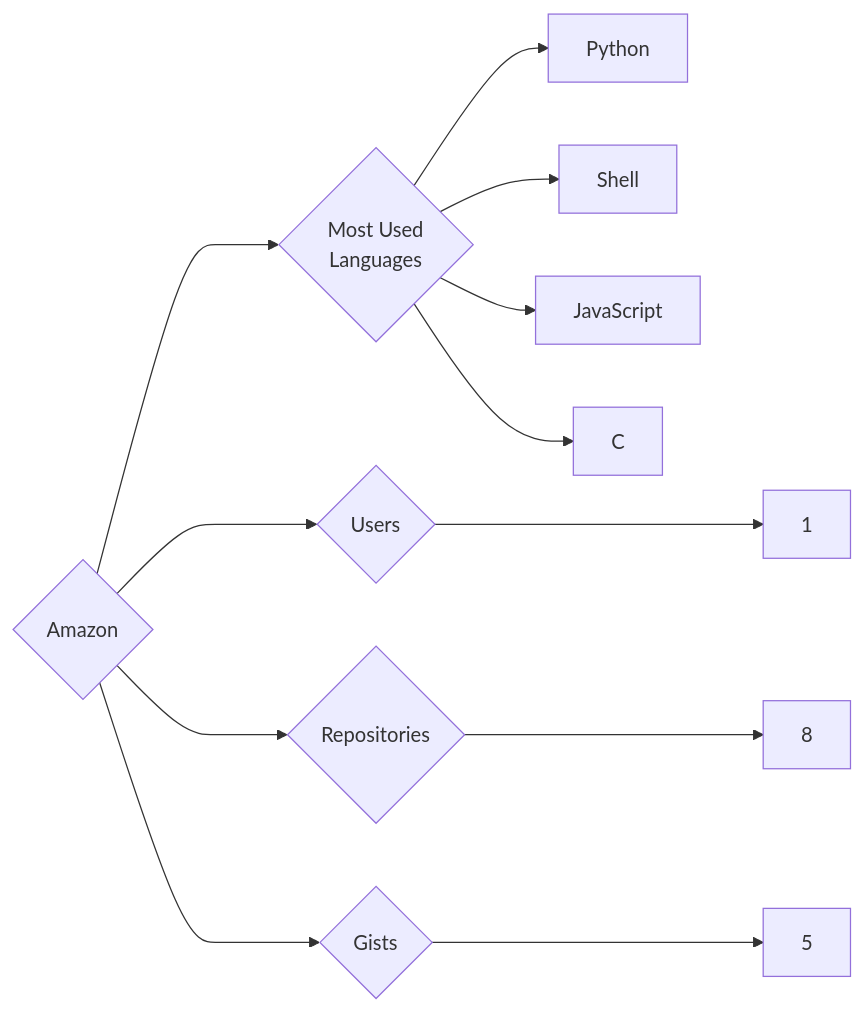
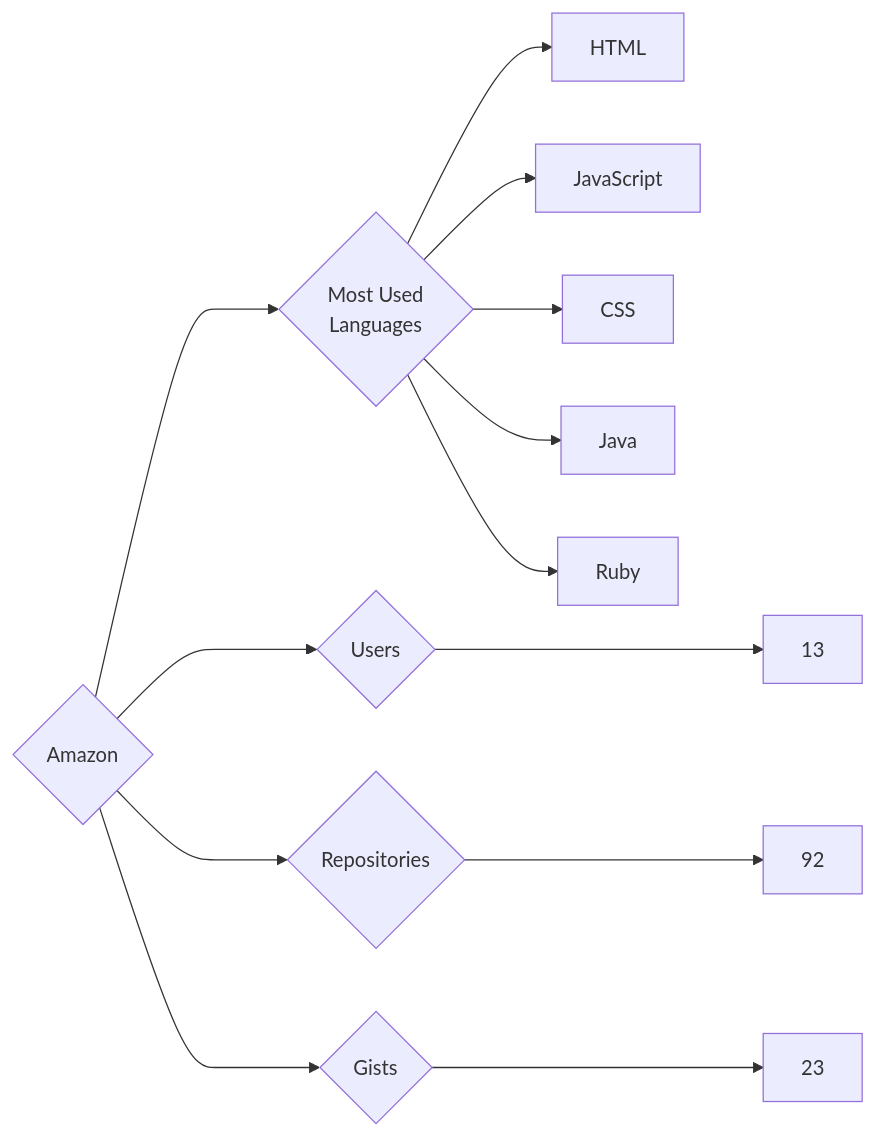
One commit to trickest/insiders changed the diagram in targets/Amazon/README.md. Above: the diagram before and after it, drawn with Mermaid. The commit also changed 916 other files, not shown here.

````diff
--- a/targets/Amazon/README.md
+++ b/targets/Amazon/README.md
@@ -3,12 +3,13 @@
 ```mermaid
 graph LR
 COMPANY_NAME{Amazon}
-COMPANY_NAME ---> U{Users} ---> UN[1]
-COMPANY_NAME ---> R{Repositories} ---> RN[8]
-COMPANY_NAME ---> G{Gists} ---> GN[5]
+COMPANY_NAME ---> U{Users} ---> UN[13]
+COMPANY_NAME ---> R{Repositories} ---> RN[92]
+COMPANY_NAME ---> G{Gists} ---> GN[23]
 COMPANY_NAME ---> ML{Most Used<br>Languages}
-ML --> Python[Python]
-ML --> Shell[Shell]
+ML --> HTML[HTML]
 ML --> JavaScript[JavaScript]
-ML --> C[C]
+ML --> CSS[CSS]
+ML --> Java[Java]
+ML --> Ruby[Ruby]
 ```
````
